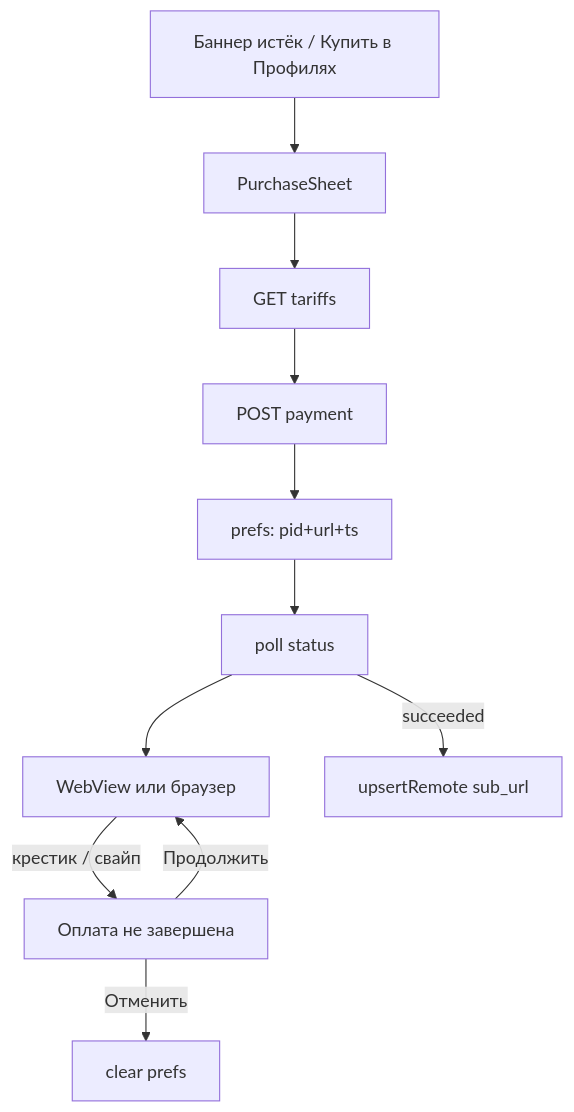
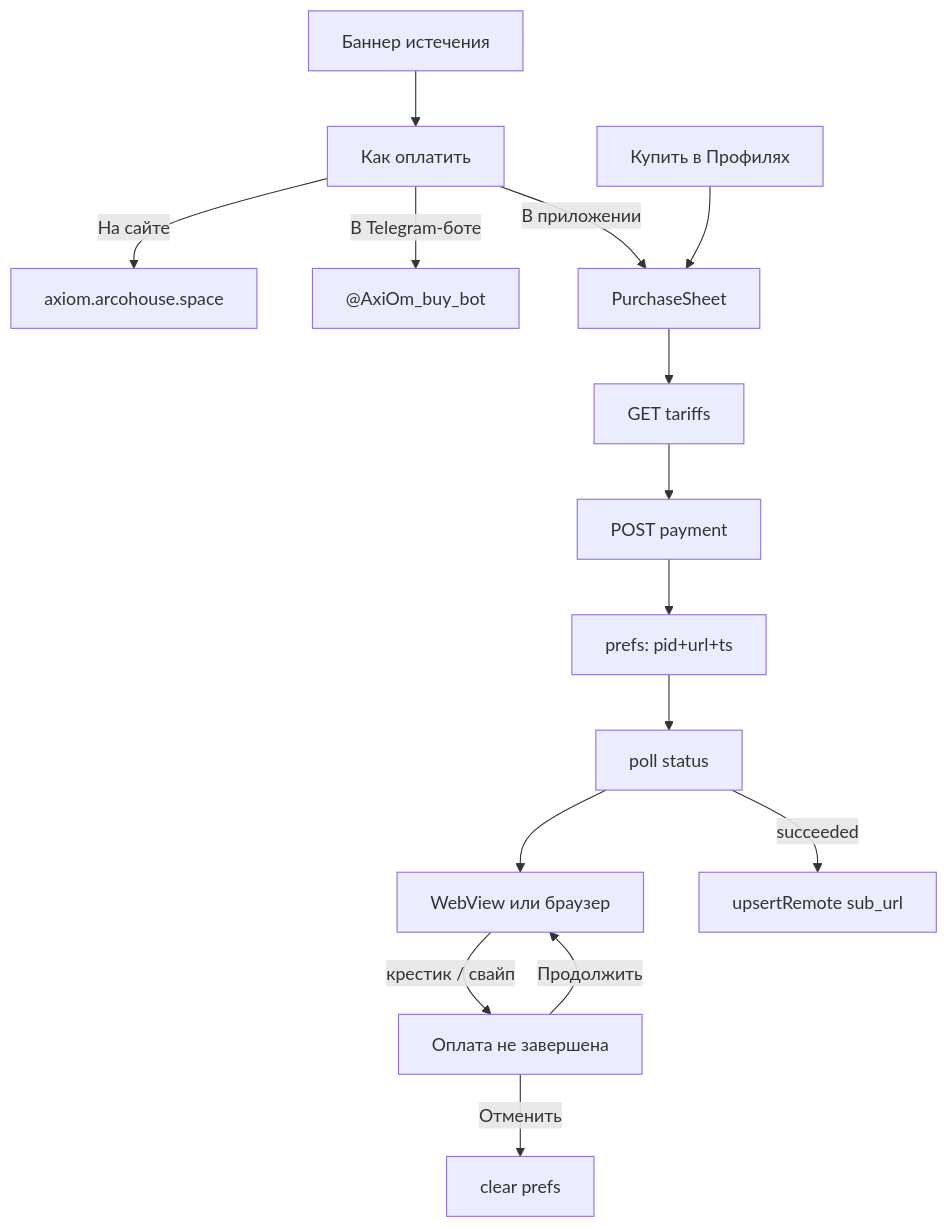
The diagram in docs/in-app-payment.md (AxiOm-Labs-Inc/AxiOm-v2), drawn with Mermaid before and after one commit. The commit also changed other lines of this file and 6 other files, not shown here.

````diff
--- a/docs/in-app-payment.md
+++ b/docs/in-app-payment.md
@@ -24,13 +24,17 @@
 ```mermaid
 flowchart TD
-  entry[Баннер истёк / Купить в Профилях] --> sheet[PurchaseSheet]
+  banner[Баннер истечения] --> options[Как оплатить]
+  options -->|На сайте| site[axiom.arcohouse.space]
+  options -->|В Telegram-боте| bot["@AxiOm_buy_bot"]
+  options -->|В приложении| sheet[PurchaseSheet]
+  entry[Купить в Профилях] --> sheet
   sheet --> tariffs[GET tariffs]
   tariffs --> pay[POST payment]
   pay --> save["prefs: pid+url+ts"]
   save --> poll[poll status]
   poll --> openPay[WebView или браузер]
   openPay -->|крестик / свайп| recovery[Оплата не завершена]
   recovery -->|Продолжить| openPay
   recovery -->|Отменить| clear[clear prefs]
   poll -->|succeeded| importSub[upsertRemote sub_url]
 ```
````
